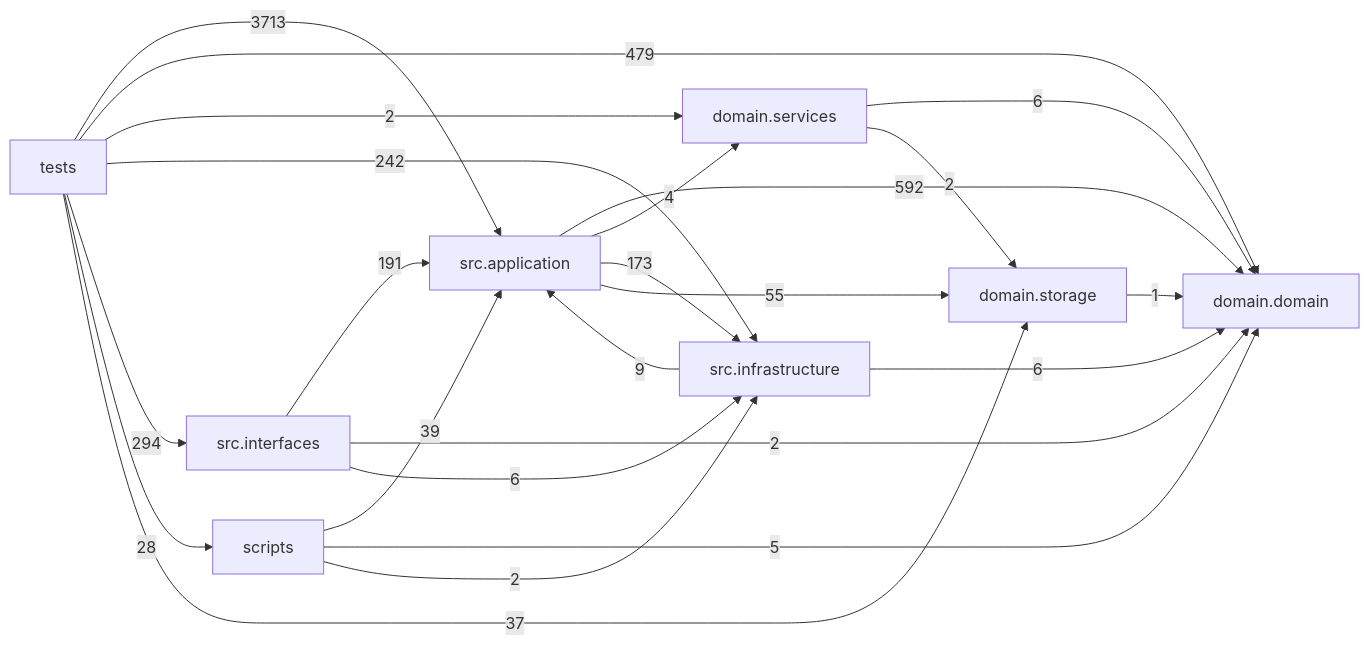
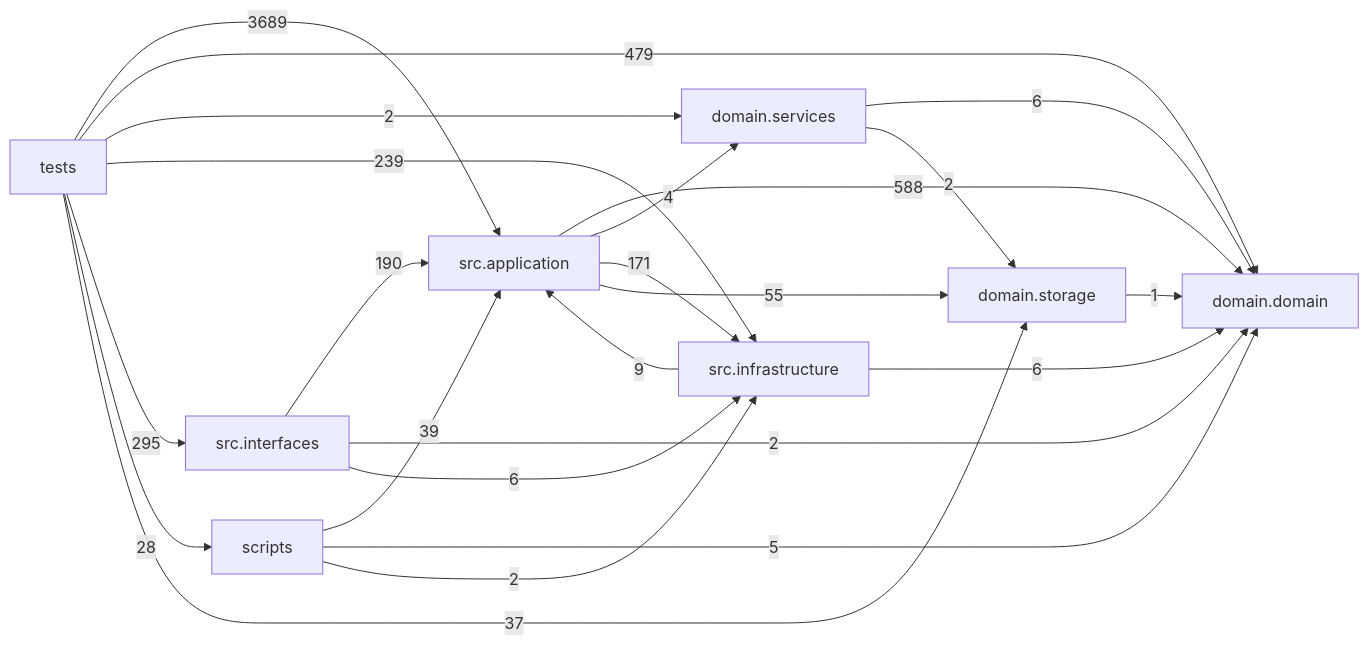
Before and after one commit to liuxie066/options-monitor: the diagram in docs/DEPENDENCY_GRAPH.md, drawn with Mermaid. The commit also changed other lines of this file and 27 other files, not shown here.

````diff
--- a/docs/DEPENDENCY_GRAPH.md
+++ b/docs/DEPENDENCY_GRAPH.md
@@ -24,33 +24,33 @@
 ```mermaid
 flowchart LR
   tests["tests"]
   scripts["scripts"]
   interfaces["src.interfaces"]
   application["src.application"]
   infrastructure["src.infrastructure"]
   domain_services["domain.services"]
   domain["domain.domain"]
   storage["domain.storage"]
-  application -->|592| domain
+  application -->|588| domain
   application -->|4| domain_services
-  application -->|173| infrastructure
+  application -->|171| infrastructure
   application -->|55| storage
   domain_services -->|6| domain
   domain_services -->|2| storage
   infrastructure -->|9| application
   infrastructure -->|6| domain
-  interfaces -->|191| application
+  interfaces -->|190| application
   interfaces -->|2| domain
   interfaces -->|6| infrastructure
   scripts -->|39| application
   scripts -->|5| domain
   scripts -->|2| infrastructure
   storage -->|1| domain
-  tests -->|3713| application
+  tests -->|3689| application
   tests -->|479| domain
   tests -->|2| domain_services
-  tests -->|242| infrastructure
-  tests -->|294| interfaces
+  tests -->|239| infrastructure
+  tests -->|295| interfaces
   tests -->|28| scripts
   tests -->|37| storage
 ```
````
